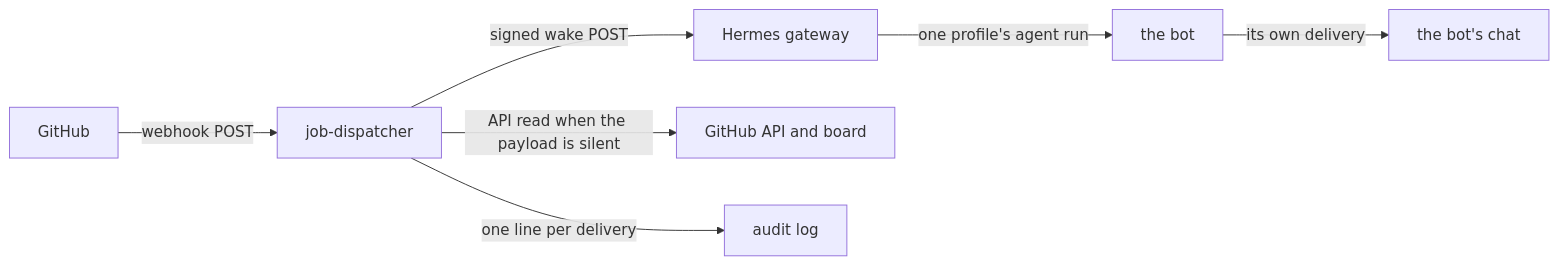
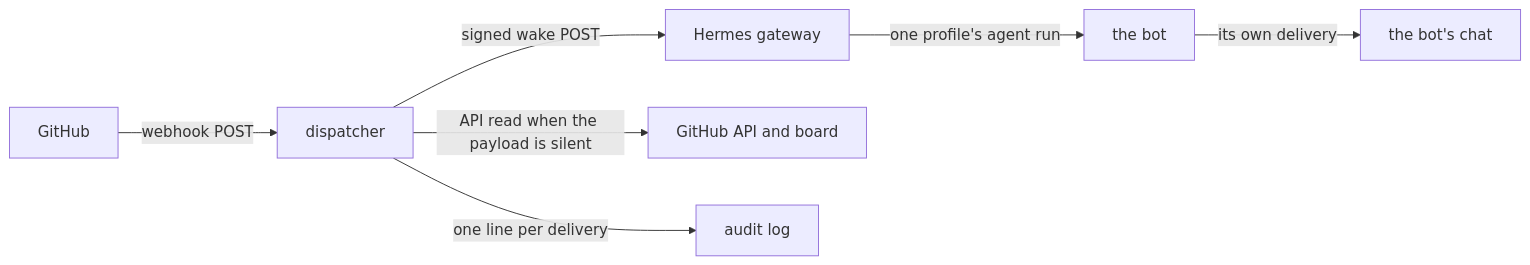
Before and after one commit to aivara-se/dispatcher: the diagram in docs/SYSTEMS.md, drawn with Mermaid. The commit also changed other lines of this file and 4 other files, not shown here.

````diff
--- a/docs/SYSTEMS.md
+++ b/docs/SYSTEMS.md
@@ -7,9 +7,9 @@
 ```mermaid
 flowchart LR
-  GH["GitHub"] -->|"webhook POST"| D["job-dispatcher"]
+  GH["GitHub"] -->|"webhook POST"| D["dispatcher"]
   D -->|"signed wake POST"| GW["Hermes gateway"]
   GW -->|"one profile's agent run"| B["the bot"]
   B -->|"its own delivery"| CHAT["the bot's chat"]
   D -->|"API read when the payload is silent"| API["GitHub API and board"]
   D -->|"one line per delivery"| LOG["audit log"]
 ```
````
